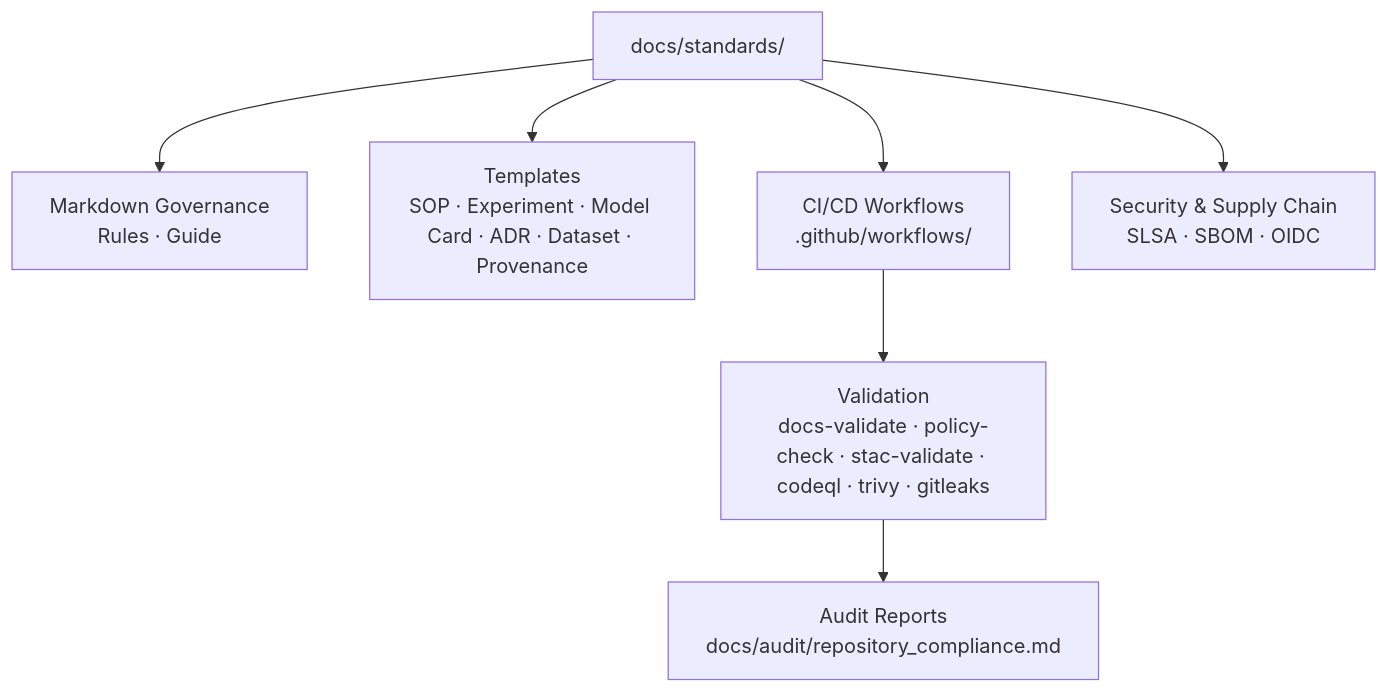
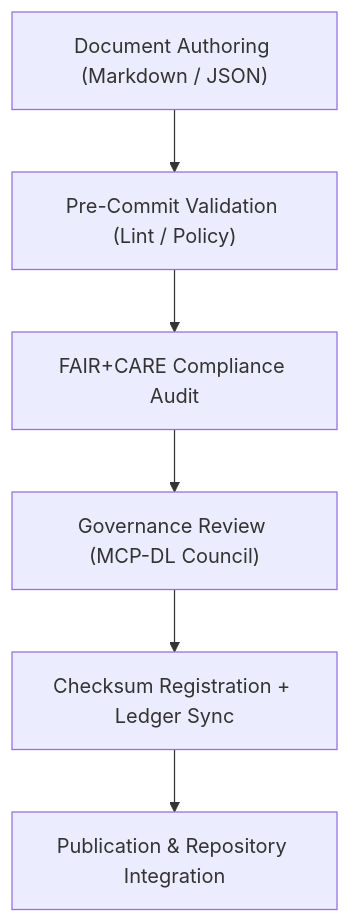
Before and after one commit to bartytime4life/Kansas-Frontier-Matrix: the diagram in docs/standards/README.md, drawn with Mermaid. The commit also changed other lines of this file, not shown here.

````diff
--- a/docs/standards/README.md
+++ b/docs/standards/README.md
@@ -76,10 +80,8 @@
 ```mermaid
 flowchart TD
-    A["docs/standards/"] --> B["Markdown Governance<br/>Rules · Guide"]
-    A --> C["Templates<br/>SOP · Experiment · Model Card · ADR · Dataset · Provenance"]
-    A --> D["CI/CD Workflows<br/>.github/workflows/"]
-    A --> E["Security & Supply Chain<br/>SLSA · SBOM · OIDC"]
-    D --> F["Validation<br/>docs-validate · policy-check · stac-validate · codeql · trivy · gitleaks"]
-    F --> G["Audit Reports<br/>docs/audit/repository_compliance.md"]
-%% END OF MERMAID
+  A["Document Authoring (Markdown / JSON)"] --> B["Pre-Commit Validation (Lint / Policy)"]
+  B --> C["FAIR+CARE Compliance Audit"]
+  C --> D["Governance Review (MCP-DL Council)"]
+  D --> E["Checksum Registration + Ledger Sync"]
+  E --> F["Publication & Repository Integration"]
 ```
````
